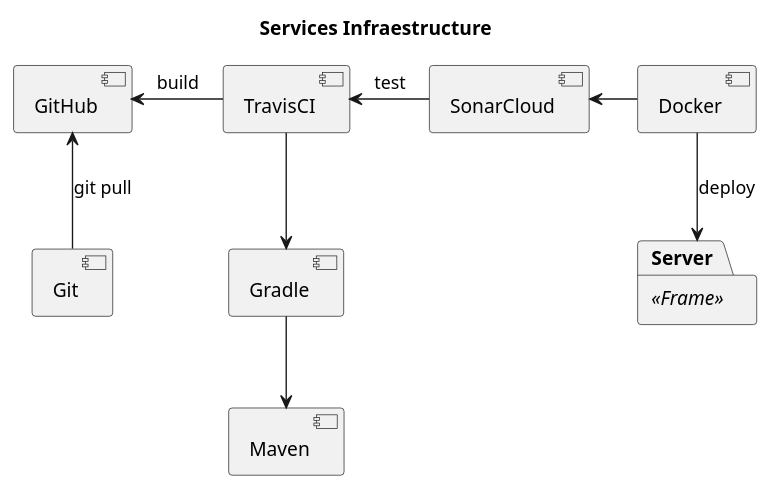
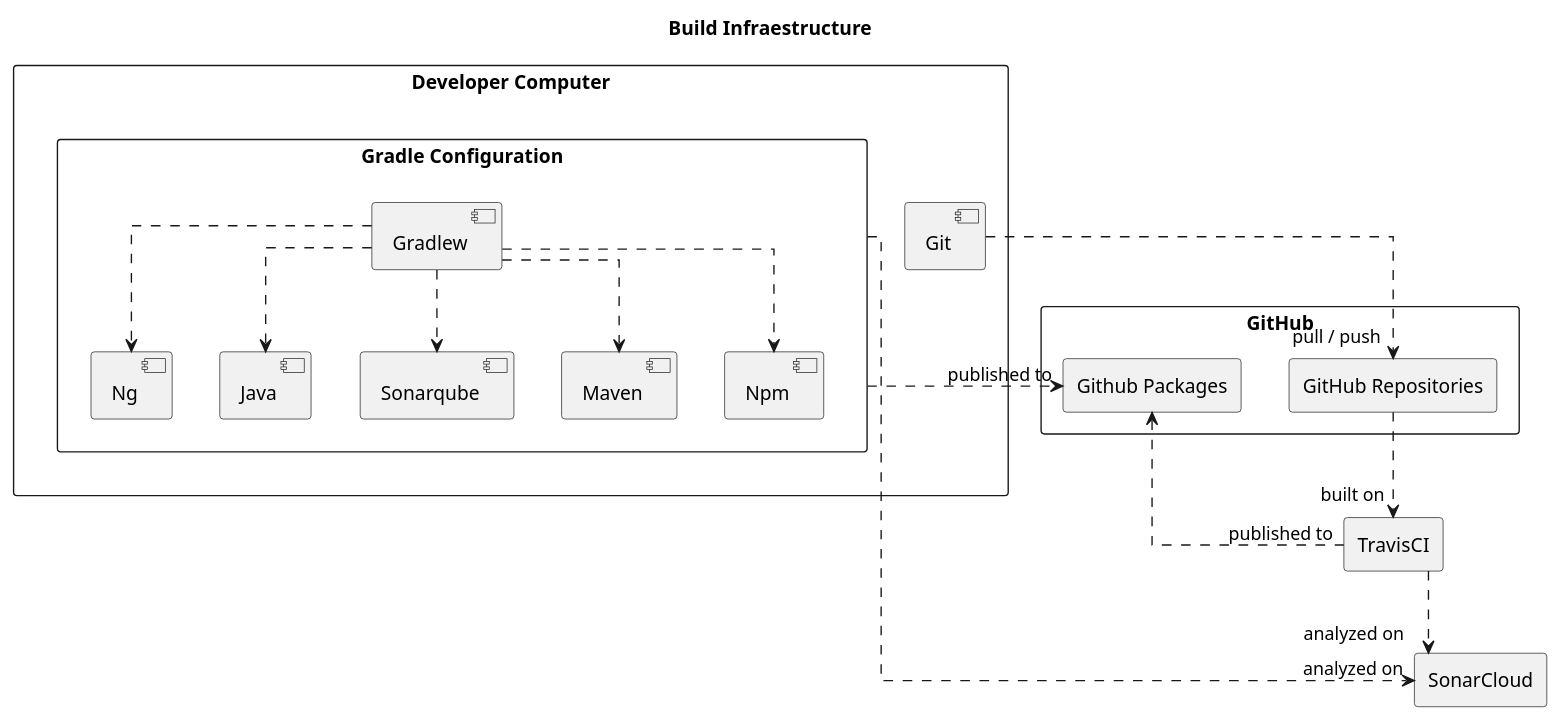
The diagram in doc/infraestructure-services.puml (sitmun/community), drawn with PlantUML before and after one commit.

Commit message:
Improved infrastructure-services diagram

```diff
--- a/doc/infraestructure-services.puml
+++ b/doc/infraestructure-services.puml
@@ -1,25 +1,50 @@
 @startuml
 
-title Services Infraestructure
+title Build Infraestructure
+skinparam linetype ortho
+
+
+rectangle "Developer Computer" {
+    rectangle "Gradle Configuration" as gradleconf {
+        [Gradlew] as gradlew
+        [Npm] as npm
+        [Ng] as ng
+        [Java] as jv
+        [Sonarqube] as sq
+        [Maven] as mv
+    }
+[Git] as git
+}
+
+
+rectangle "GitHub" {
+    rectangle "GitHub Repositories" as github
+    rectangle "Github Packages" as ghp
+}
+
+
+rectangle "TravisCI" as travis
+
+rectangle "SonarCloud" as sonar
 
 
 
-[Git] as git
-[GitHub] as github
-[TravisCI] as travis
-[Gradle] as gradle
-[Maven] as maven
-[SonarCloud] as sonar
-[Docker] as docker
-package Server <<Frame>> {
-}
+gradlew ..> npm
+gradlew ..> ng
+gradlew ..> sq
+gradlew ..> mv
+gradlew ..> jv
 
-git -up-> github: git pull
-github <-right- travis: build
-travis -down-> gradle
-gradle -down-> maven
-travis <-right- sonar: test
-sonar <-right- docker
-docker -down-> Server: deploy
+
+
+git .right.> "pull / push" github
+github .down.> "built on" travis
+
+travis ..> "analyzed on" sonar
+gradleconf .down.> "analyzed on" sonar
+
+gradleconf .down.> "published to" ghp
+travis "published to" .left.> ghp 
+
 
 @enduml
```
